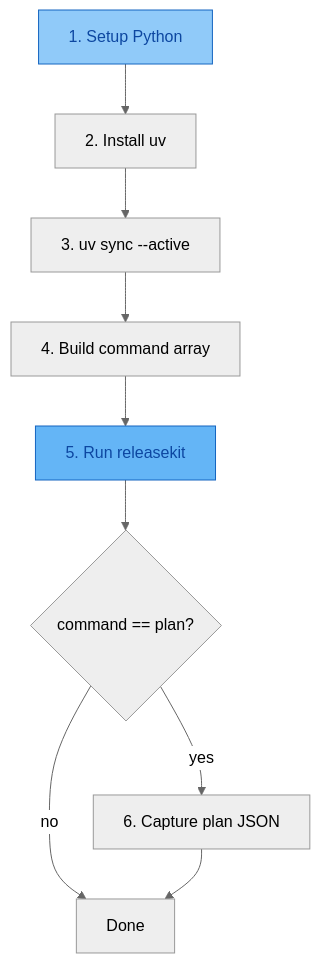
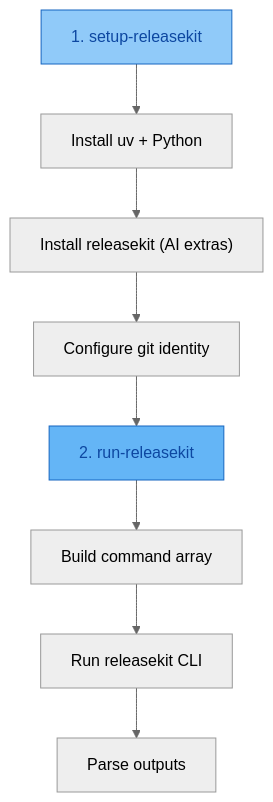
Before and after one commit to genkit-ai/genkit-python: the diagram in tools/releasekit/docs/docs/reference/github-action.md, drawn with Mermaid (neutral theme). The commit also changed other lines of this file and 14 other files, not shown here.

````diff
--- a/tools/releasekit/docs/docs/reference/github-action.md
+++ b/tools/releasekit/docs/docs/reference/github-action.md
@@ -22,14 +39,13 @@
 ```mermaid
 graph TD
-    A["1. Setup Python"] --> B["2. Install uv"]
-    B --> C["3. uv sync --active"]
-    C --> D["4. Build command array"]
-    D --> E["5. Run releasekit"]
-    E --> F{"command == plan?"}
-    F -->|yes| G["6. Capture plan JSON"]
-    F -->|no| H["Done"]
-    G --> H
+    A["1. setup-releasekit"] --> B["Install uv + Python"]
+    B --> C["Install releasekit (AI extras)"]
+    C --> D["Configure git identity"]
+    D --> E["2. run-releasekit"]
+    E --> F["Build command array"]
+    F --> G["Run releasekit CLI"]
+    G --> H["Parse outputs"]
 
     style A fill:#90caf9,stroke:#1565c0,color:#0d47a1
     style E fill:#64b5f6,stroke:#1565c0,color:#0d47a1
 ```
````
